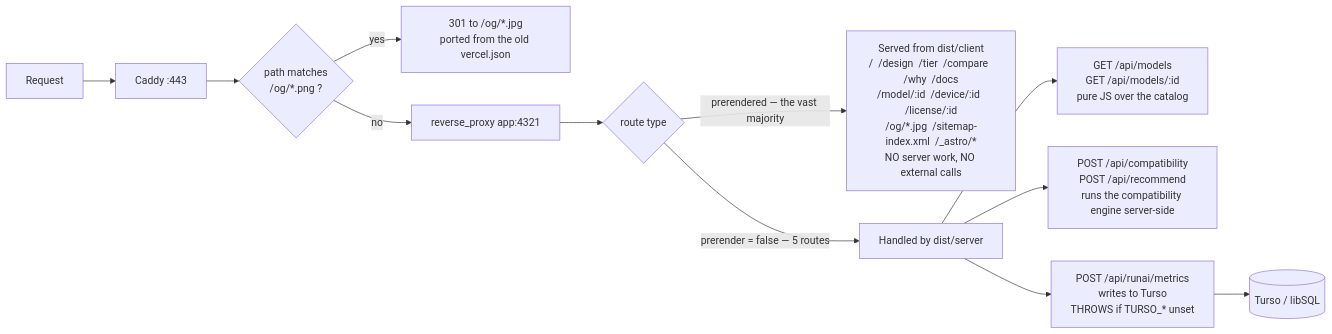
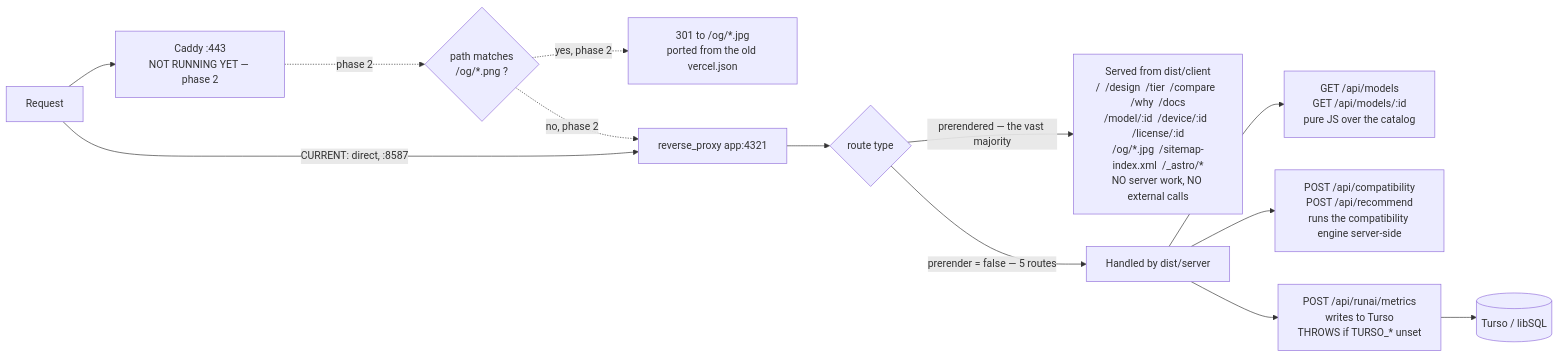
One commit to kovitking/AiNaiDee changed the third of 5 diagrams in docs/deploy-architecture.md. Above: the diagram before and after it, drawn with Mermaid. The commit also changed other lines of this file and 13 other files, not shown here.

````diff
--- a/docs/deploy-architecture.md
+++ b/docs/deploy-architecture.md
@@ -111,20 +134,21 @@
 ```mermaid
 flowchart LR
-    req["Request"] --> caddy["Caddy :443"]
+    req["Request"] --> caddy["Caddy :443<br/>NOT RUNNING YET — phase 2"]
 
-    caddy --> ogr{"path matches<br/>/og/*.png ?"}
-    ogr -->|yes| redir["301 to /og/*.jpg<br/>ported from the old vercel.json"]
-    ogr -->|no| proxy["reverse_proxy app:4321"]
+    caddy -.->|"phase 2"| ogr{"path matches<br/>/og/*.png ?"}
+    ogr -.->|yes, phase 2| redir["301 to /og/*.jpg<br/>ported from the old vercel.json"]
+    ogr -.->|no, phase 2| proxy["reverse_proxy app:4321"]
+    req -->|"CURRENT: direct, :8587"| proxy
 
     proxy --> kind{"route type"}
 
     kind -->|"prerendered — the vast majority"| st["Served from dist/client<br/>/  /design  /tier  /compare  /why  /docs<br/>/model/:id  /device/:id  /license/:id<br/>/og/*.jpg  /sitemap-index.xml  /_astro/*<br/>NO server work, NO external calls"]
 
     kind -->|"prerender = false — 5 routes"| dyn["Handled by dist/server"]
 
     dyn --> g1["GET /api/models<br/>GET /api/models/:id<br/>pure JS over the catalog"]
     dyn --> p1["POST /api/compatibility<br/>POST /api/recommend<br/>runs the compatibility engine server-side"]
     dyn --> p2["POST /api/runai/metrics<br/>writes to Turso<br/>THROWS if TURSO_* unset"]
 
     p2 --> turso[("Turso / libSQL")]
 ```
````
